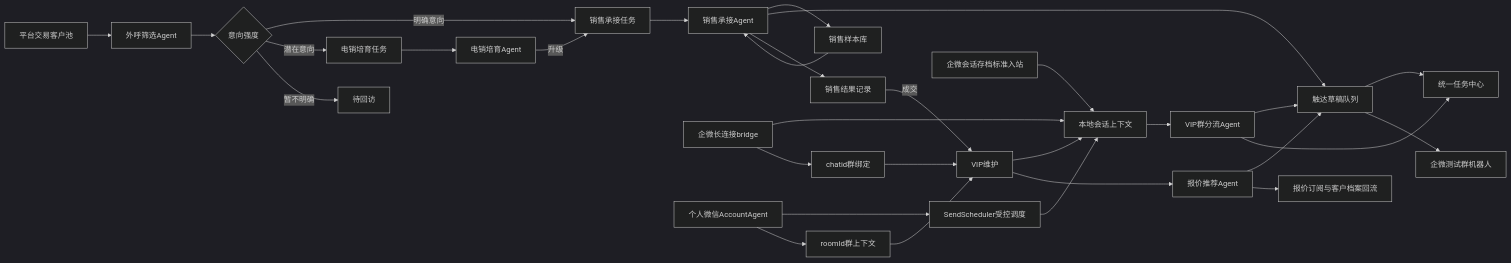
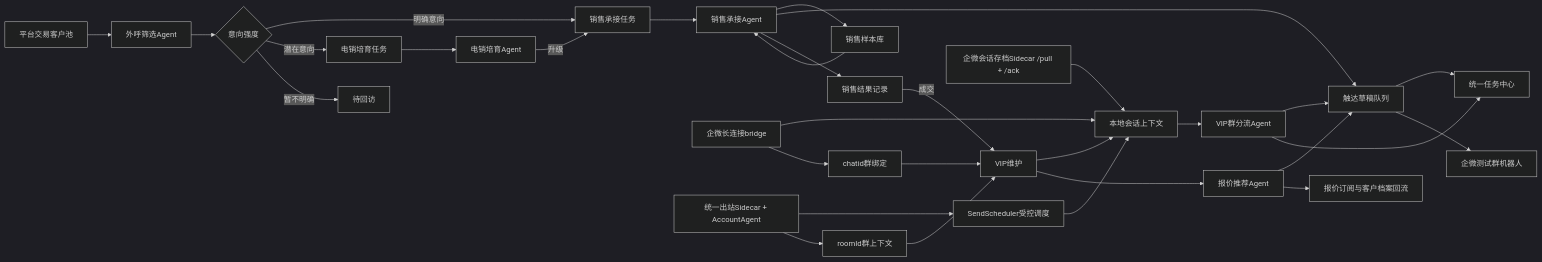
Before and after one commit to JUJUJUN313/customer-ops-agent-console: the diagram in docs/PROJECT.md, drawn with Mermaid (dark theme). The commit also changed other lines of this file and 17 other files, not shown here.

````diff
--- a/docs/PROJECT.md
+++ b/docs/PROJECT.md
@@ -9,33 +9,33 @@
 ```mermaid
 flowchart LR
   A["平台交易客户池"] --> B["外呼筛选Agent"]
   B --> C{"意向强度"}
   C -->|"明确意向"| D["销售承接任务"]
   C -->|"潜在意向"| E["电销培育任务"]
   C -->|"暂不明确"| F["待回访"]
   E --> G["电销培育Agent"]
   G -->|"升级"| D
   D --> H["销售承接Agent"]
   H --> O["销售样本库"]
   O --> H
   H --> Q["触达草稿队列"]
   H --> I["销售结果记录"]
   I -->|"成交"| J["VIP维护"]
   J --> P["本地会话上下文"]
   P --> K["VIP群分流Agent"]
-  V["企微会话存档标准入站"] --> P
+  V["企微会话存档Sidecar /pull + /ack"] --> P
   X["企微长连接bridge"] --> P
-  Z["个人微信AccountAgent"] --> S["SendScheduler受控调度"]
+  Z["统一出站Sidecar + AccountAgent"] --> S["SendScheduler受控调度"]
   S --> P
   X --> Y["chatid群绑定"]
   Z --> R["roomId群上下文"]
   Y --> J
   R --> J
   J --> L["报价推荐Agent"]
   K --> Q
   L --> Q
   K --> M["统一任务中心"]
   L --> N["报价订阅与客户档案回流"]
   Q --> M
   Q --> W["企微测试群机器人"]
 ```
````
